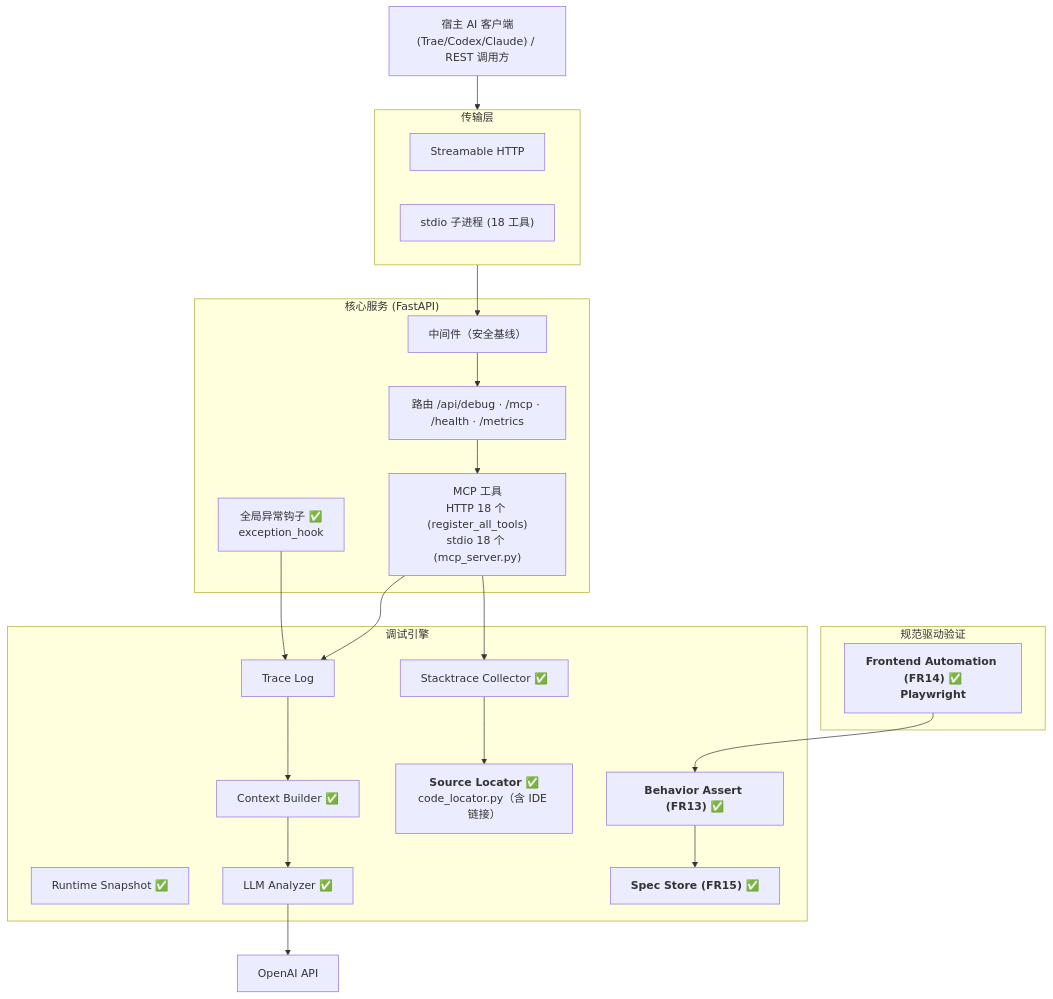
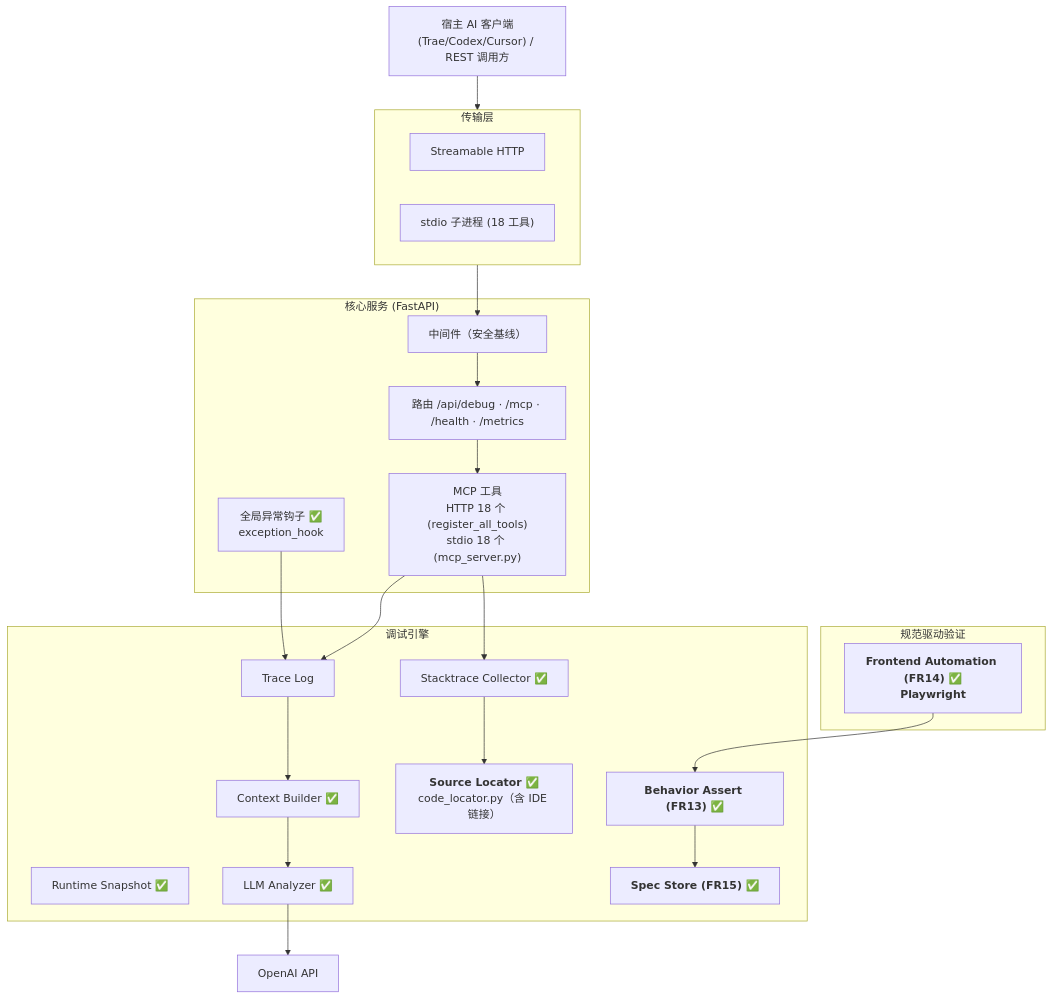
One commit to Ljj041120/Lujo-MCP changed the first of 3 diagrams in docs/public/PRD.md. Above: the diagram before and after it, drawn with Mermaid. The commit also changed other lines of this file and 10 other files, not shown here.

````diff
--- a/docs/public/PRD.md
+++ b/docs/public/PRD.md
@@ -377,42 +377,42 @@
 ```mermaid
 flowchart TB
-    Client["宿主 AI 客户端<br/>(Trae/Codex/Claude) / REST 调用方"]
+    Client["宿主 AI 客户端<br/>(Trae/Codex/Cursor) / REST 调用方"]
 
     subgraph Transport["传输层"]
         HTTP["Streamable HTTP"]
         STDIO["stdio 子进程 (18 工具)"]
     end
 
     subgraph Core["核心服务 (FastAPI)"]
         Hook["全局异常钩子 ✅<br/>exception_hook"]
         MW["中间件（安全基线）"]
         Router["路由 /api/debug · /mcp · /health · /metrics"]
         Tools["MCP 工具<br/>HTTP 18 个 (register_all_tools)<br/>stdio 18 个 (mcp_server.py)"]
     end
 
     subgraph Engine["调试引擎"]
         Logs["Trace Log"]
         Builder["Context Builder ✅"]
         Stack["Stacktrace Collector ✅"]
         Locator["<b>Source Locator ✅</b><br/>code_locator.py（含 IDE 链接）"]
         Runtime["Runtime Snapshot ✅"]
         Analyzer["LLM Analyzer ✅"]
         Assert["<b>Behavior Assert (FR13) ✅</b>"]
         SpecStore["<b>Spec Store (FR15) ✅</b>"]
     end
 
     subgraph Verify["规范驱动验证"]
         E2E["<b>Frontend Automation (FR14) ✅<br/>Playwright</b>"]
     end
 
     Client --> Transport
     Hook --> Logs
     Transport --> MW --> Router --> Tools
     Tools --> Logs --> Builder
     Tools --> Stack
     Stack --> Locator
     Builder --> Analyzer
     Analyzer --> LLM["OpenAI API"]
     Assert --> SpecStore
     E2E --> Assert
 ```
````
